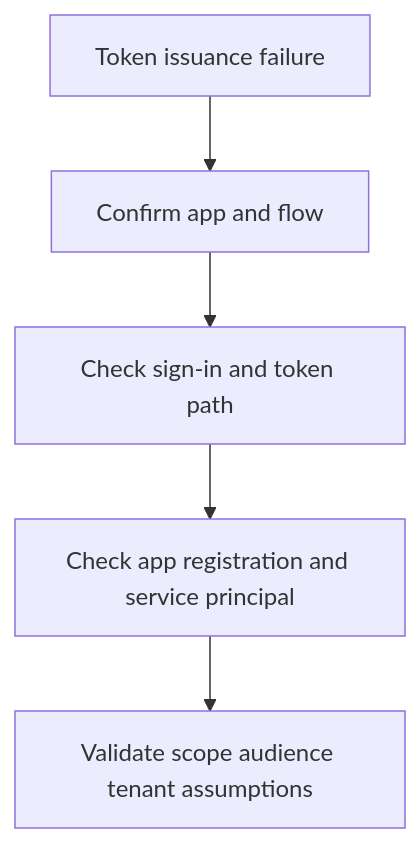
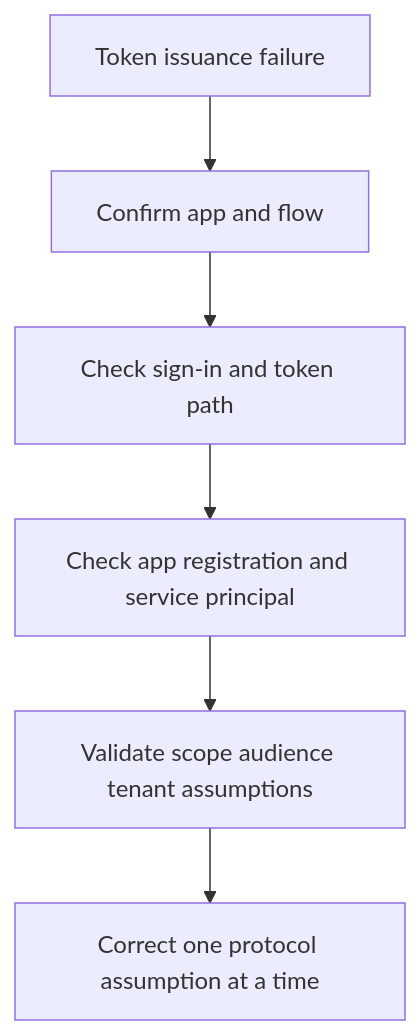
One commit to yeongseon/azure-entra-id-practical-guide changed the diagram in docs/troubleshooting/playbooks/token-issuance-failure.md. Above: the diagram before and after it, drawn with Mermaid. The commit also changed other lines of this file and 29 other files, not shown here.

````diff
--- a/docs/troubleshooting/playbooks/token-issuance-failure.md
+++ b/docs/troubleshooting/playbooks/token-issuance-failure.md
@@ -19,7 +27,8 @@
 ```mermaid
 flowchart TD
     A[Token issuance failure] --> B[Confirm app and flow]
     B --> C[Check sign-in and token path]
     C --> D[Check app registration and service principal]
     D --> E[Validate scope audience tenant assumptions]
+    E --> F[Correct one protocol assumption at a time]
 ```
````
